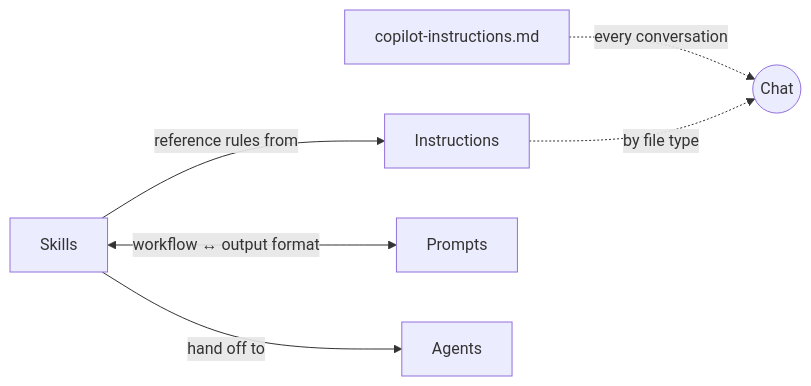
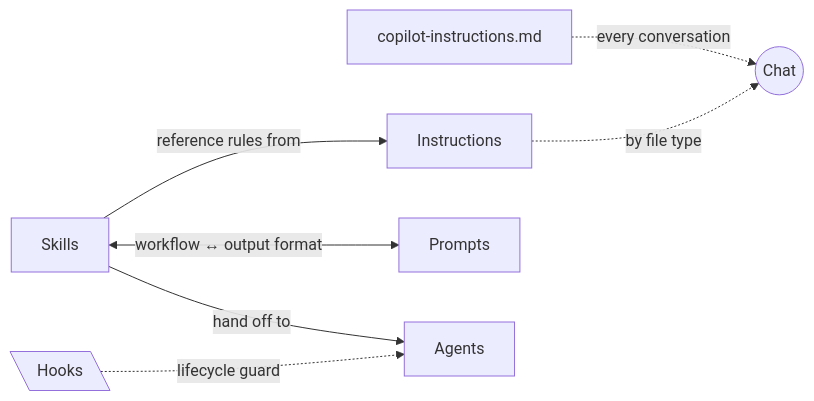
The first of 3 diagrams in README.md (zexion7873/copilot-setting), drawn with Mermaid before and after one commit. The commit also changed other lines of this file and 3 other files, not shown here.

````diff
--- a/README.md
+++ b/README.md
@@ -37,8 +38,9 @@
 ```mermaid
 flowchart LR
     CI[copilot-instructions.md] -.->|every conversation| Chat((Chat))
     Inst[Instructions] -.->|by file type| Chat
     Skills -->|reference rules from| Inst
     Skills <-->|workflow ↔ output format| Prompts
     Skills -->|hand off to| Agents
+    Hooks[\Hooks\] -.->|lifecycle guard| Agents
 ```
````
